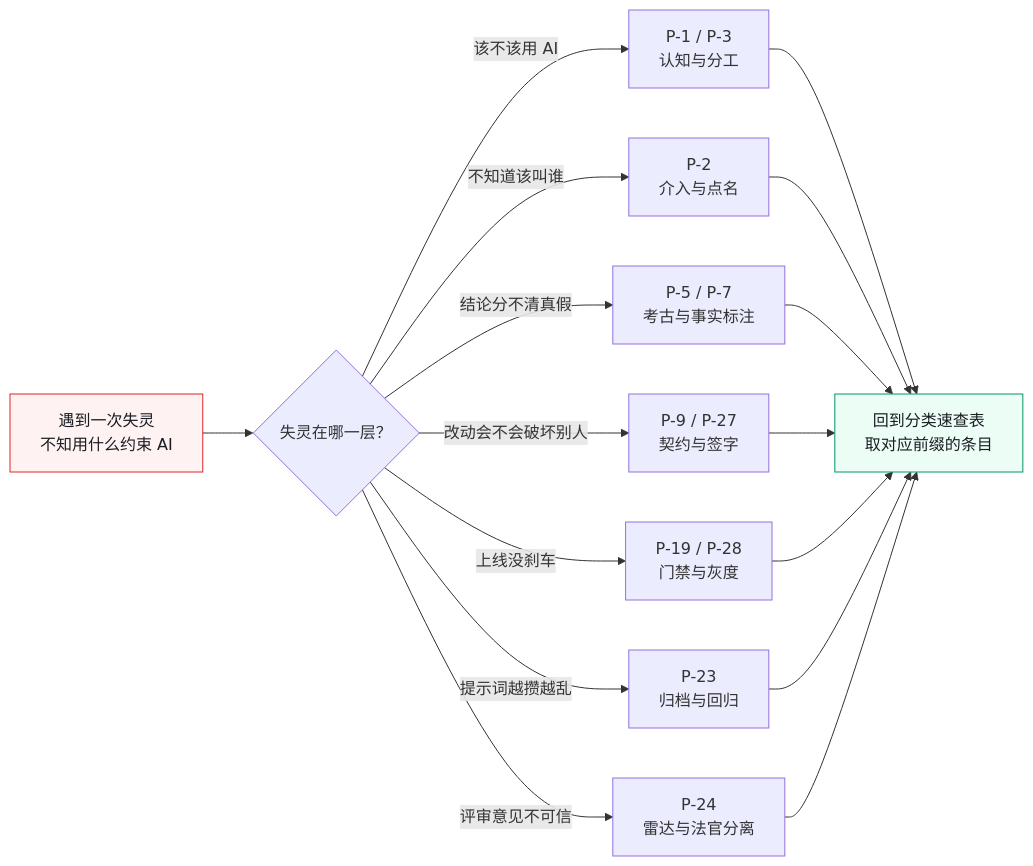
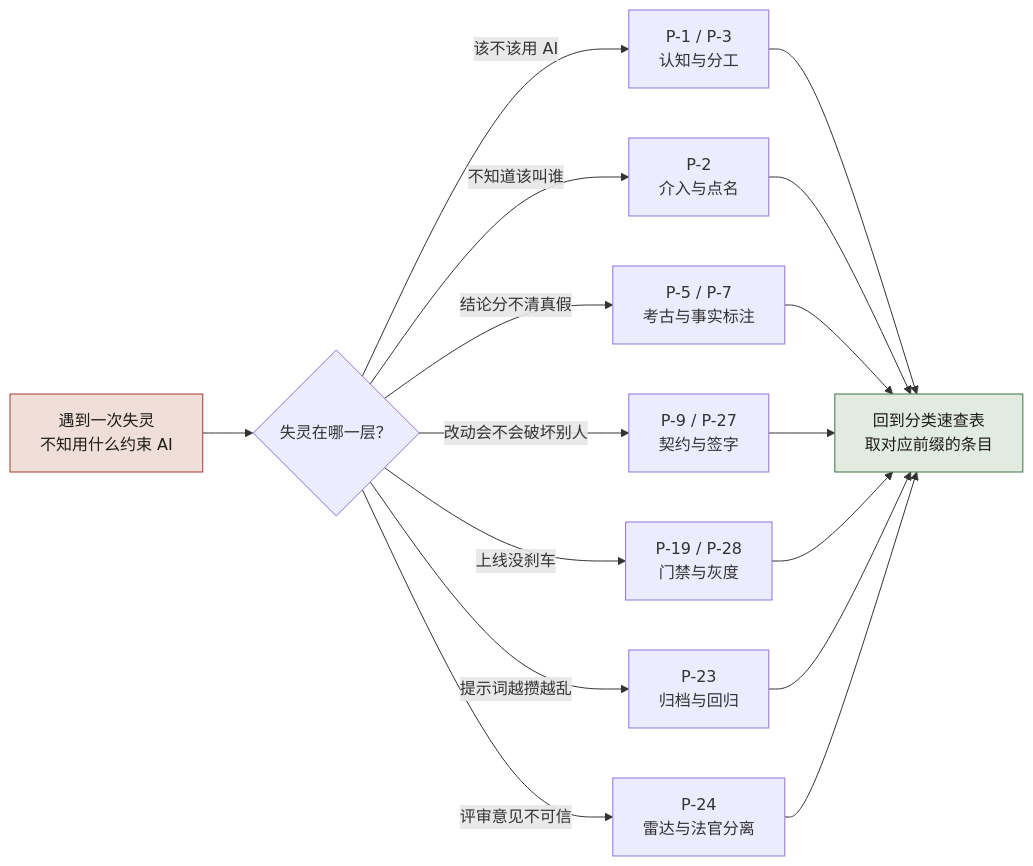
One commit to funny8kids/AI_Native_Software_Engineering changed the first of 2 diagrams in docs/manuscript/ch39-附录A-提示词库骨架.md. Above: the diagram before and after it, drawn with Mermaid. The commit also changed other lines of this file and 81 other files, not shown here.

````diff
--- a/docs/manuscript/ch39-附录A-提示词库骨架.md
+++ b/docs/manuscript/ch39-附录A-提示词库骨架.md
@@ -22,20 +24,20 @@
 ```mermaid
 flowchart LR
   FAIL[遇到一次失灵<br/>不知用什么约束 AI] --> Q1{失灵在哪一层？}
   Q1 -->|该不该用 AI| F1[P-1 / P-3<br/>认知与分工]
   Q1 -->|不知道该叫谁| F2[P-2<br/>介入与点名]
   Q1 -->|结论分不清真假| F3[P-5 / P-7<br/>考古与事实标注]
   Q1 -->|改动会不会破坏别人| F4[P-9 / P-27<br/>契约与签字]
   Q1 -->|上线没刹车| F5[P-19 / P-28<br/>门禁与灰度]
   Q1 -->|提示词越攒越乱| F6[P-23<br/>归档与回归]
   Q1 -->|评审意见不可信| F7[P-24<br/>雷达与法官分离]
   F1 --> LIB[回到分类速查表<br/>取对应前缀的条目]
   F2 --> LIB
   F3 --> LIB
   F4 --> LIB
   F5 --> LIB
   F6 --> LIB
   F7 --> LIB
-  style FAIL fill:#fef2f2,stroke:#dc2626,color:#1a1d23
-  style LIB fill:#ecfdf5,stroke:#059669,color:#1a1d23
+  style FAIL fill:#f0dfd9,stroke:#a03b31,color:#1e1c19
+  style LIB fill:#e2ebdf,stroke:#3e7247,color:#1e1c19
 ```
````
